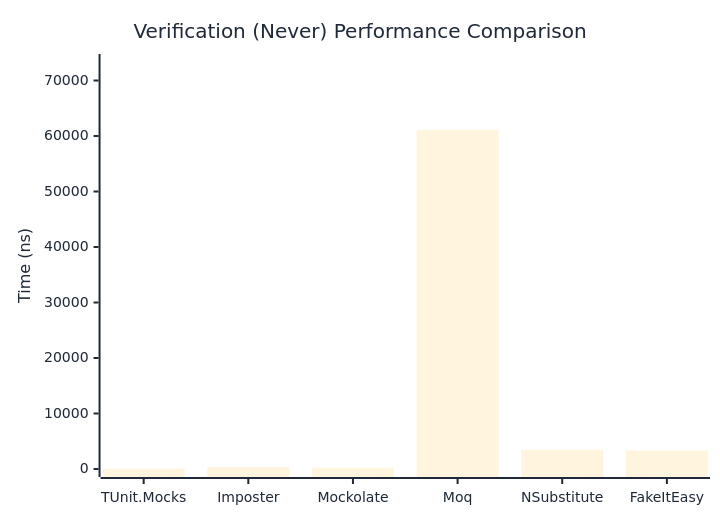
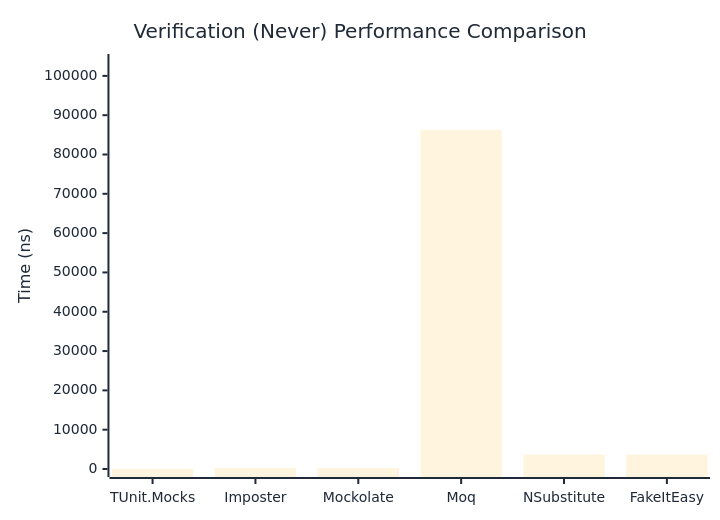
One commit to thomhurst/TUnit changed the second of 3 diagrams in docs/docs/benchmarks/mocks/Verification.md. Above: the diagram before and after it, drawn with Mermaid. The commit also changed other lines of this file and 14 other files, not shown here.

````diff
--- a/docs/docs/benchmarks/mocks/Verification.md
+++ b/docs/docs/benchmarks/mocks/Verification.md
@@ -69,27 +69,27 @@
 ```mermaid
 %%{init: {
   'theme':'base',
   'themeVariables': {
     'primaryColor': '#2563eb',
     'primaryTextColor': '#1f2937',
     'primaryBorderColor': '#1e40af',
     'lineColor': '#6b7280',
     'secondaryColor': '#7c3aed',
     'tertiaryColor': '#dc2626',
     'background': '#ffffff',
     'pie1': '#2563eb',
     'pie2': '#7c3aed',
     'pie3': '#dc2626',
     'pie4': '#f59e0b',
     'pie5': '#10b981',
     'pie6': '#06b6d4',
     'pie7': '#ec4899',
     'pie8': '#6366f1'
   }
 }}%%
 xychart-beta
   title "Verification (Never) Performance Comparison"
   x-axis ["TUnit.Mocks", "Imposter", "Mockolate", "Moq", "NSubstitute", "FakeItEasy"]
-  y-axis "Time (ns)" 0 --> 73335
-  bar [53.98, 349.1, 237.34, 61111.81, 3468.99, 3324.76]
+  y-axis "Time (ns)" 0 --> 103529
+  bar [48.76, 316.16, 220.04, 86274.1, 3689.52, 3691.45]
 ```
````
